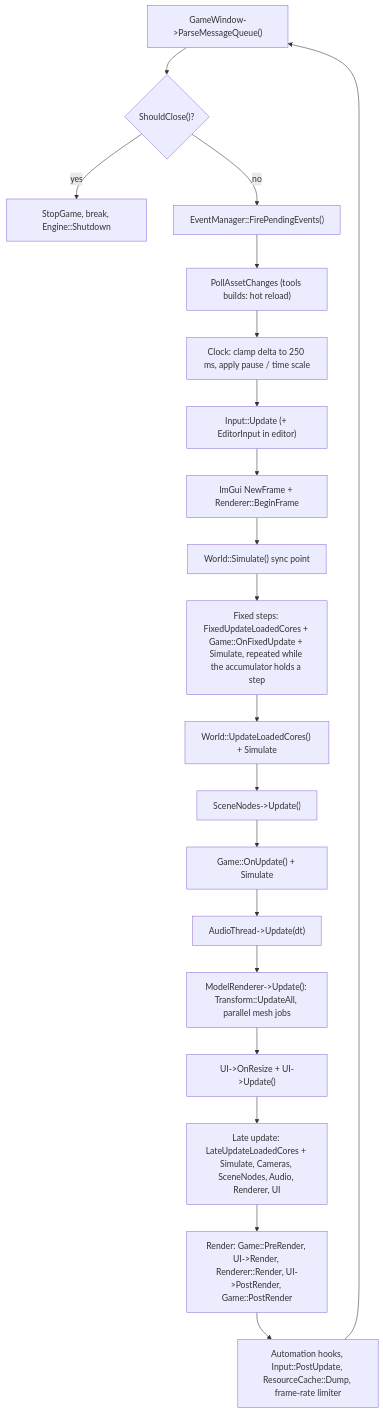
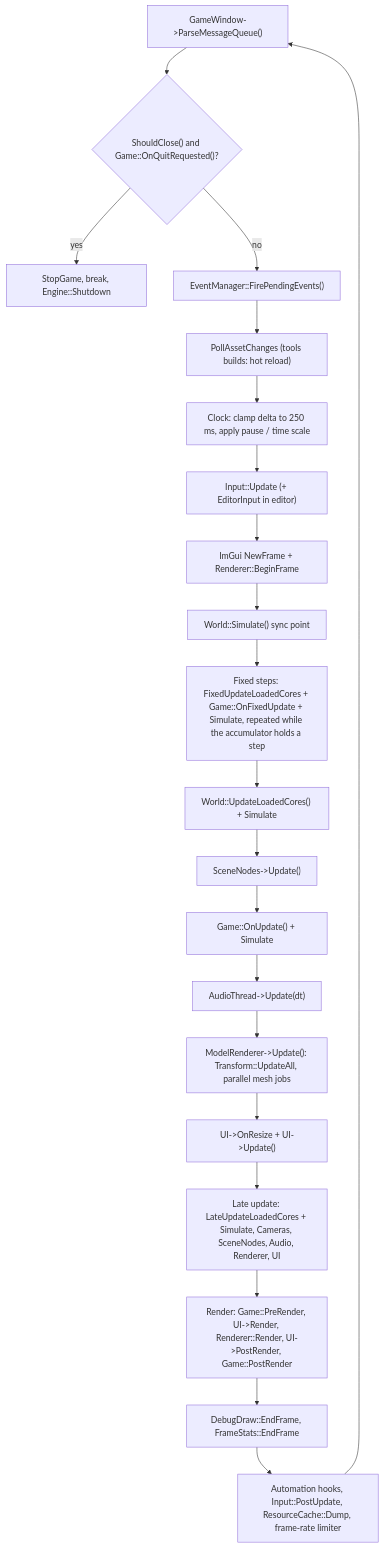
One commit to wobbier/MitchEngine changed the second of 2 diagrams in Docs/Architecture.md. Above: the diagram before and after it, drawn with Mermaid. The commit also changed other lines of this file and 4 other files, not shown here.

First line of the commit message:
📚 Docs: editor services, scene view, inspector, prefabs, asset browser, debug draw, frame stats

````diff
--- a/Docs/Architecture.md
+++ b/Docs/Architecture.md
@@ -93,22 +93,23 @@
 ```mermaid
 flowchart TD
-    A["GameWindow->ParseMessageQueue()"] --> B{"ShouldClose()?"}
+    A["GameWindow->ParseMessageQueue()"] --> B{"ShouldClose() and Game::OnQuitRequested()?"}
     B -- yes --> Z["StopGame, break, Engine::Shutdown"]
     B -- no --> C["EventManager::FirePendingEvents()"]
     C --> C2["PollAssetChanges (tools builds: hot reload)"]
     C2 --> D["Clock: clamp delta to 250 ms, apply pause / time scale"]
     D --> E["Input::Update (+ EditorInput in editor)"]
     E --> F["ImGui NewFrame + Renderer::BeginFrame"]
     F --> G["World::Simulate() sync point"]
     G --> H["Fixed steps: FixedUpdateLoadedCores + Game::OnFixedUpdate + Simulate, repeated while the accumulator holds a step"]
     H --> I["World::UpdateLoadedCores() + Simulate"]
     I --> J["SceneNodes->Update()"]
     J --> K["Game::OnUpdate() + Simulate"]
     K --> L["AudioThread->Update(dt)"]
     L --> M["ModelRenderer->Update(): Transform::UpdateAll, parallel mesh jobs"]
     M --> N["UI->OnResize + UI->Update()"]
     N --> O["Late update: LateUpdateLoadedCores + Simulate, Cameras, SceneNodes, Audio, Renderer, UI"]
     O --> P["Render: Game::PreRender, UI->Render, Renderer::Render, UI->PostRender, Game::PostRender"]
-    P --> Q["Automation hooks, Input::PostUpdate, ResourceCache::Dump, frame-rate limiter"]
+    P --> P2["DebugDraw::EndFrame, FrameStats::EndFrame"]
+    P2 --> Q["Automation hooks, Input::PostUpdate, ResourceCache::Dump, frame-rate limiter"]
     Q --> A
 ```
````
